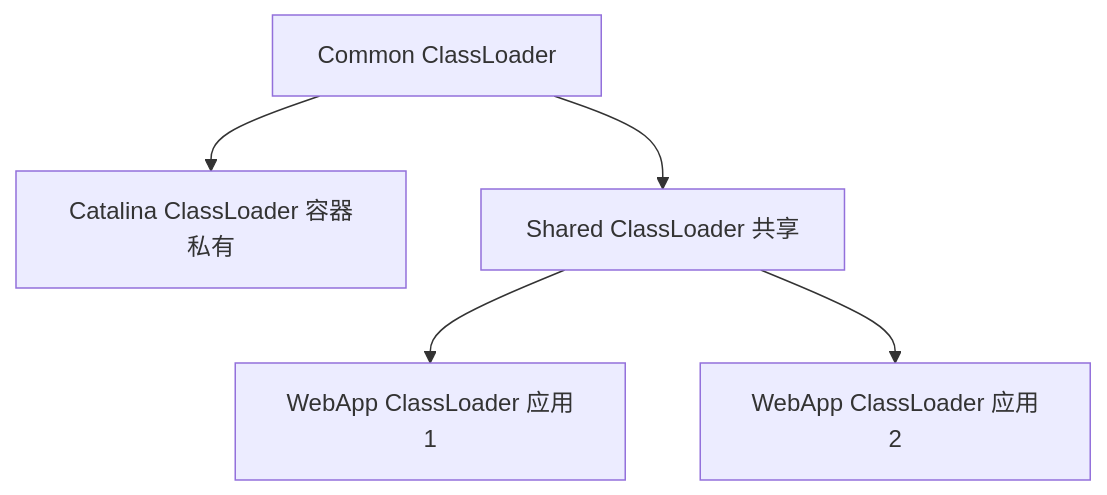
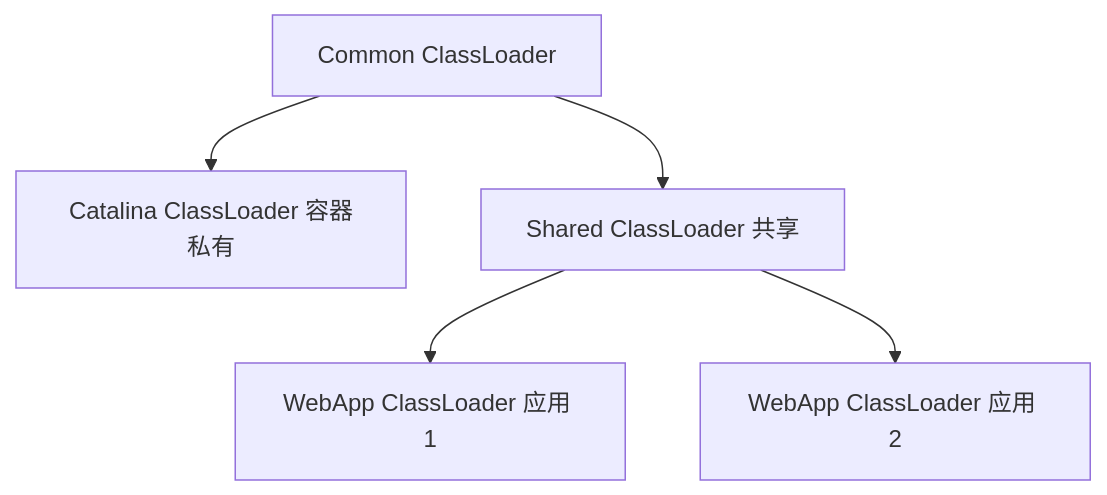
The third of 4 diagrams in docs/java/jvm/classloader-bytecode.md (Aiden-Coding/AiDocs), drawn with Mermaid before and after one commit. The commit also changed 3 other files, not shown here.

````diff
--- a/docs/java/jvm/classloader-bytecode.md
+++ b/docs/java/jvm/classloader-bytecode.md
@@ -83,7 +83,7 @@
   ```mermaid
   graph TD
       A[Common ClassLoader] --> B[Catalina ClassLoader 容器私有]
       A --> C[Shared ClassLoader 共享]
-      C --> D[WebApp ClassLoader 应用1]
-      C --> E[WebApp ClassLoader 应用2]
+      C --> D[WebApp ClassLoader 应用 1]
+      C --> E[WebApp ClassLoader 应用 2]
   ```
````
